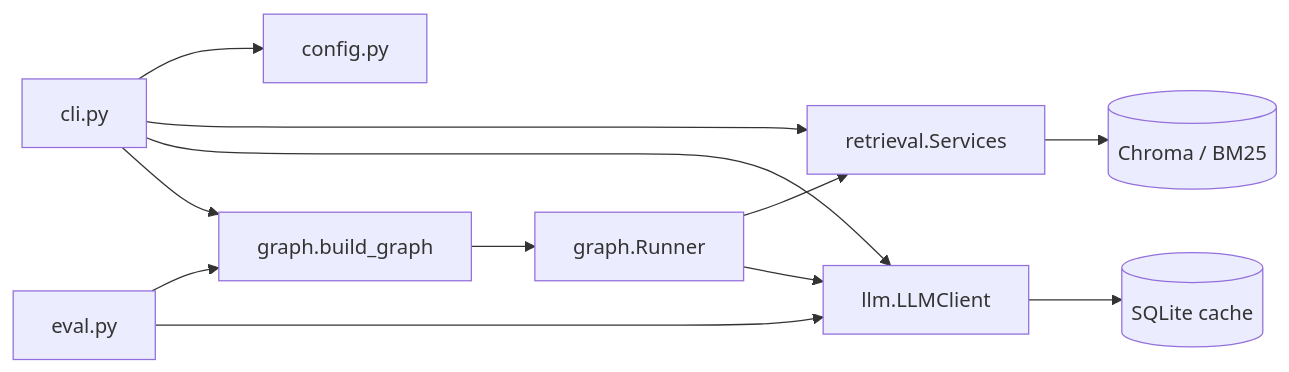
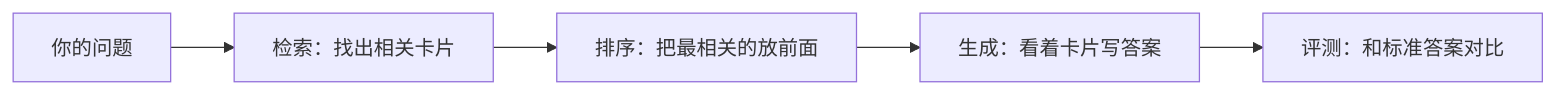
Before and after one commit to Ashitaka-Laputa-IV/baby-rag-history: the diagram in learn/README.md, drawn with Mermaid. The commit also changed other lines of this file and 17 other files, not shown here.

````diff
--- a/learn/README.md
+++ b/learn/README.md
@@ -19,14 +40,7 @@
 ```mermaid
 flowchart LR
-  CLI[cli.py] --> CFG[config.py]
-  CLI --> SVC[retrieval.Services]
-  CLI --> LLM[llm.LLMClient]
-  CLI --> G[graph.build_graph]
-  G --> RUN[graph.Runner]
-  RUN --> SVC
-  RUN --> LLM
-  EV[eval.py] --> G
-  EV --> LLM
-  SVC --> CH[(Chroma / BM25)]
-  LLM --> CACHE[(SQLite cache)]
+  Q[你的问题] --> R[检索：找出相关卡片]
+  R --> S[排序：把最相关的放前面]
+  S --> G[生成：看着卡片写答案]
+  G --> E[评测：和标准答案对比]
 ```
````
